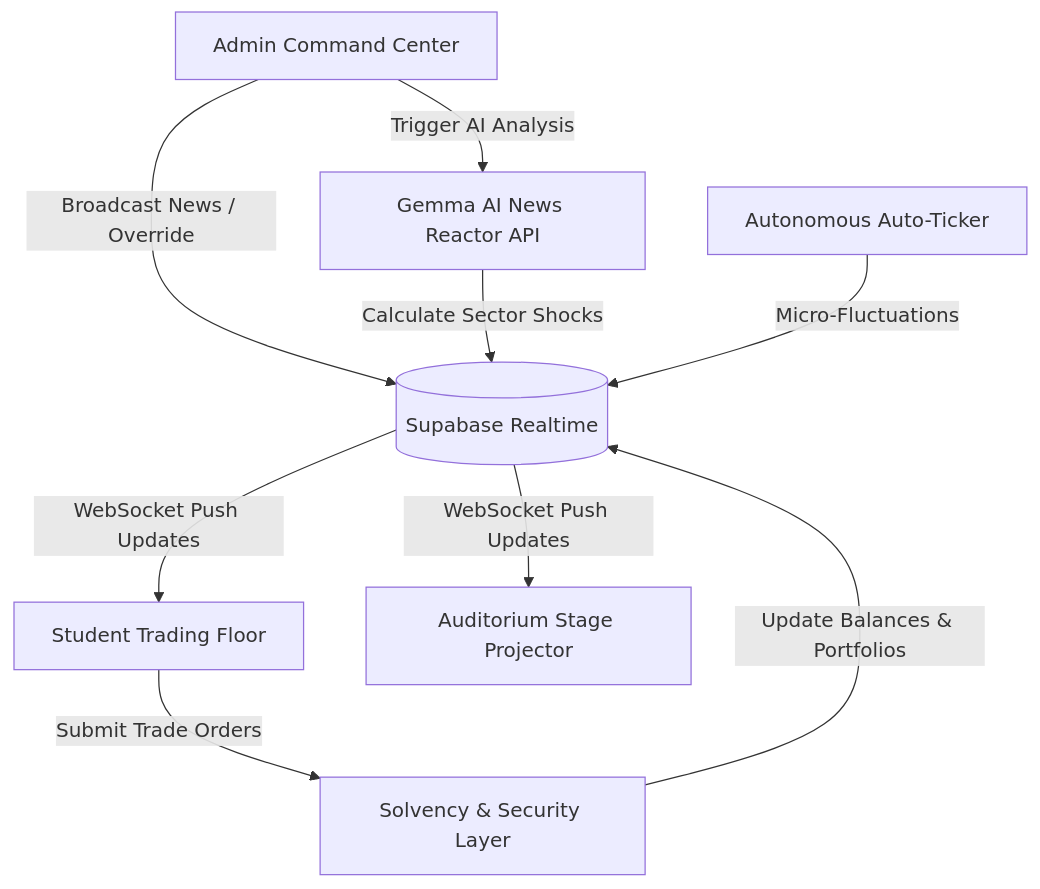
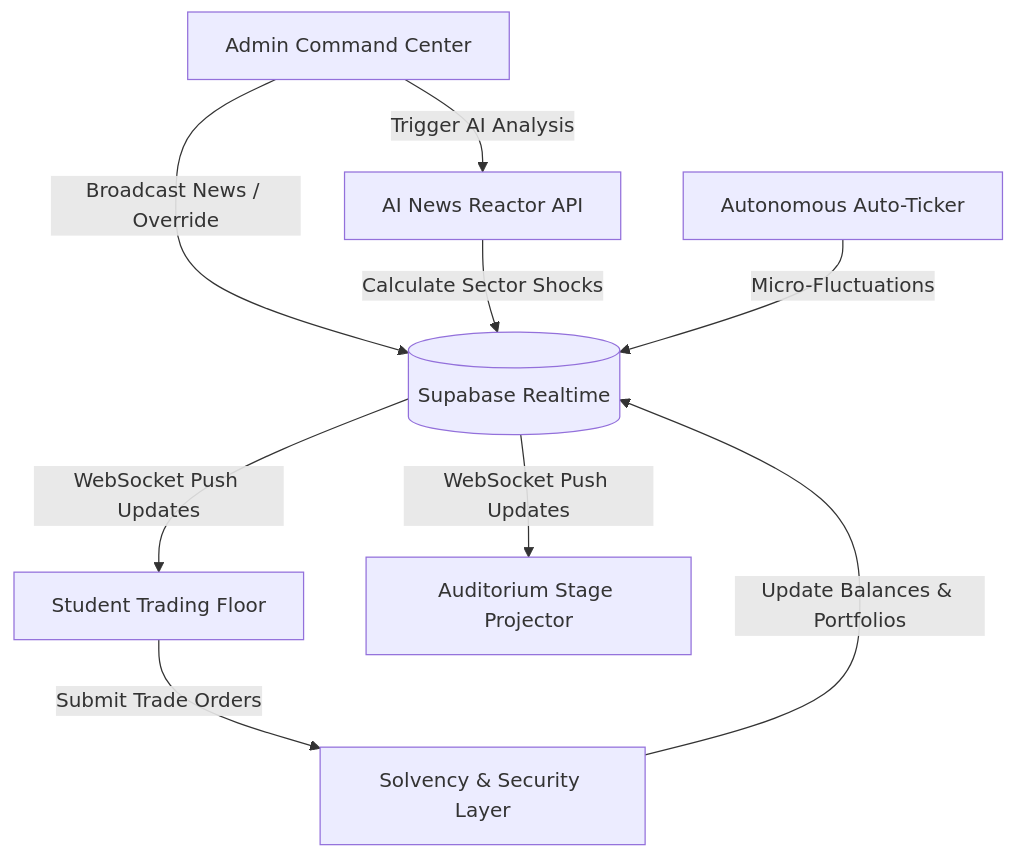
The diagram in README.md (ACE-Society-IT/investor-forum), drawn with Mermaid before and after one commit. The commit also changed other lines of this file and 4 other files, not shown here.

````diff
--- a/README.md
+++ b/README.md
@@ -94,11 +94,11 @@
 ```mermaid
 graph TD
     A[Admin Command Center] -->|Broadcast News / Override| B[(Supabase Realtime)]
-    A -->|Trigger AI Analysis| C[Gemma AI News Reactor API]
+    A -->|Trigger AI Analysis| C[AI News Reactor API]
     C -->|Calculate Sector Shocks| B
     D[Autonomous Auto-Ticker] -->|Micro-Fluctuations| B
     B -->|WebSocket Push Updates| E[Student Trading Floor]
     B -->|WebSocket Push Updates| F[Auditorium Stage Projector]
     E -->|Submit Trade Orders| G[Solvency & Security Layer]
     G -->|Update Balances & Portfolios| B
 ```
````
